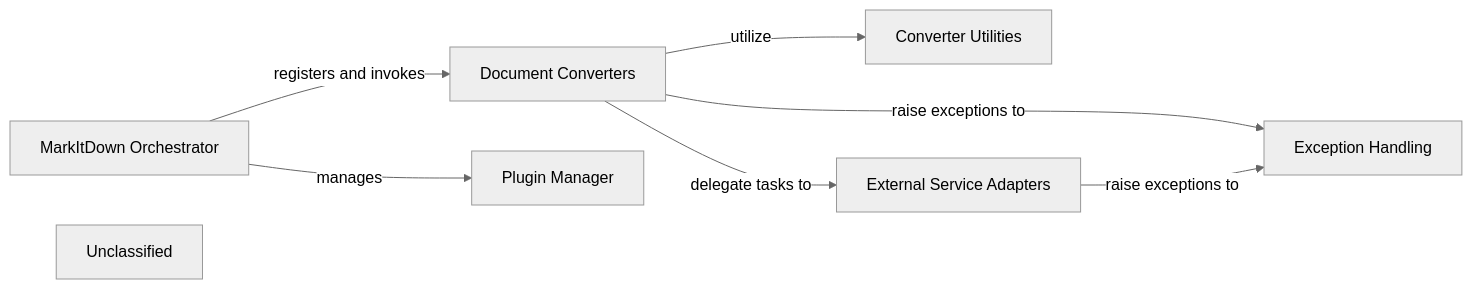
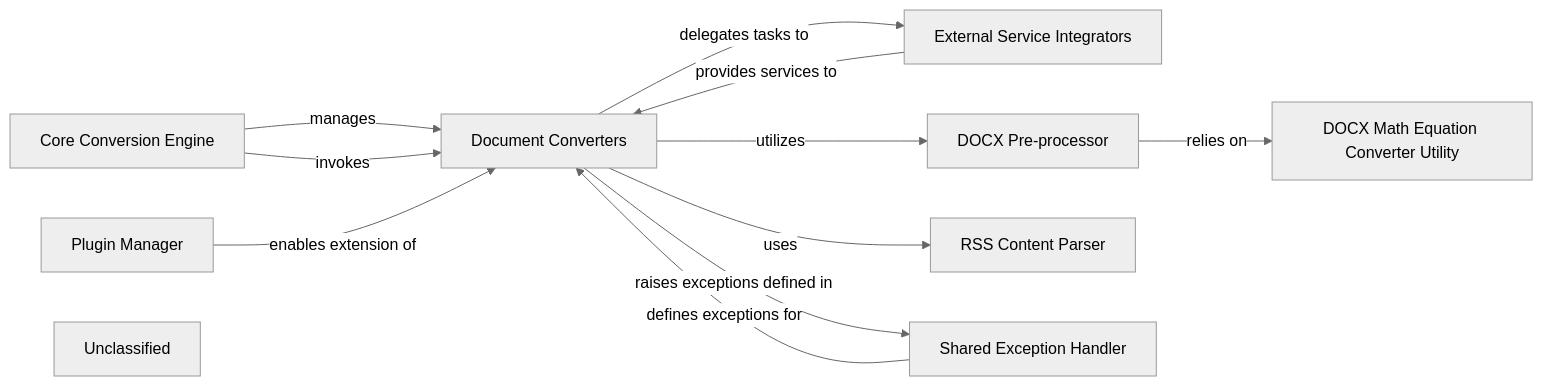
One commit to CodeBoarding/GeneratedOnBoardings changed the diagram in markitdown/Document_Converters.md. Above: the diagram before and after it, drawn with Mermaid (neutral theme). The commit also changed other lines of this file and 6 other files, not shown here.

````diff
--- a/markitdown/Document_Converters.md
+++ b/markitdown/Document_Converters.md
@@ -1,17 +1,24 @@
 ```mermaid
 graph LR
+    Core_Conversion_Engine["Core Conversion Engine"]
     Document_Converters["Document Converters"]
-    MarkItDown_Orchestrator["MarkItDown Orchestrator"]
-    Converter_Utilities["Converter Utilities"]
-    External_Service_Adapters["External Service Adapters"]
     Plugin_Manager["Plugin Manager"]
-    Exception_Handling["Exception Handling"]
+    External_Service_Integrators["External Service Integrators"]
+    DOCX_Pre_processor["DOCX Pre-processor"]
+    RSS_Content_Parser["RSS Content Parser"]
+    Shared_Exception_Handler["Shared Exception Handler"]
+    DOCX_Math_Equation_Converter_Utility["DOCX Math Equation Converter Utility"]
     Unclassified["Unclassified"]
-    MarkItDown_Orchestrator -- "registers and invokes" --> Document_Converters
-    MarkItDown_Orchestrator -- "manages" --> Plugin_Manager
-    Document_Converters -- "utilize" --> Converter_Utilities
-    Document_Converters -- "delegate tasks to" --> External_Service_Adapters
-    Document_Converters -- "raise exceptions to" --> Exception_Handling
-    External_Service_Adapters -- "raise exceptions to" --> Exception_Handling
+    Core_Conversion_Engine -- "manages" --> Document_Converters
+    Core_Conversion_Engine -- "invokes" --> Document_Converters
+    Document_Converters -- "delegates tasks to" --> External_Service_Integrators
+    Document_Converters -- "utilizes" --> DOCX_Pre_processor
+    Document_Converters -- "uses" --> RSS_Content_Parser
+    Document_Converters -- "raises exceptions defined in" --> Shared_Exception_Handler
+    Plugin_Manager -- "enables extension of" --> Document_Converters
+    External_Service_Integrators -- "provides services to" --> Document_Converters
+    DOCX_Pre_processor -- "relies on" --> DOCX_Math_Equation_Converter_Utility
+    Shared_Exception_Handler -- "defines exceptions for" --> Document_Converters
+    click Core_Conversion_Engine href "https://github.com/CodeBoarding/GeneratedOnBoardings/blob/main/markitdown/Core_Conversion_Engine.md" "Details"
     click Document_Converters href "https://github.com/CodeBoarding/GeneratedOnBoardings/blob/main/markitdown/Document_Converters.md" "Details"
 ```
````
